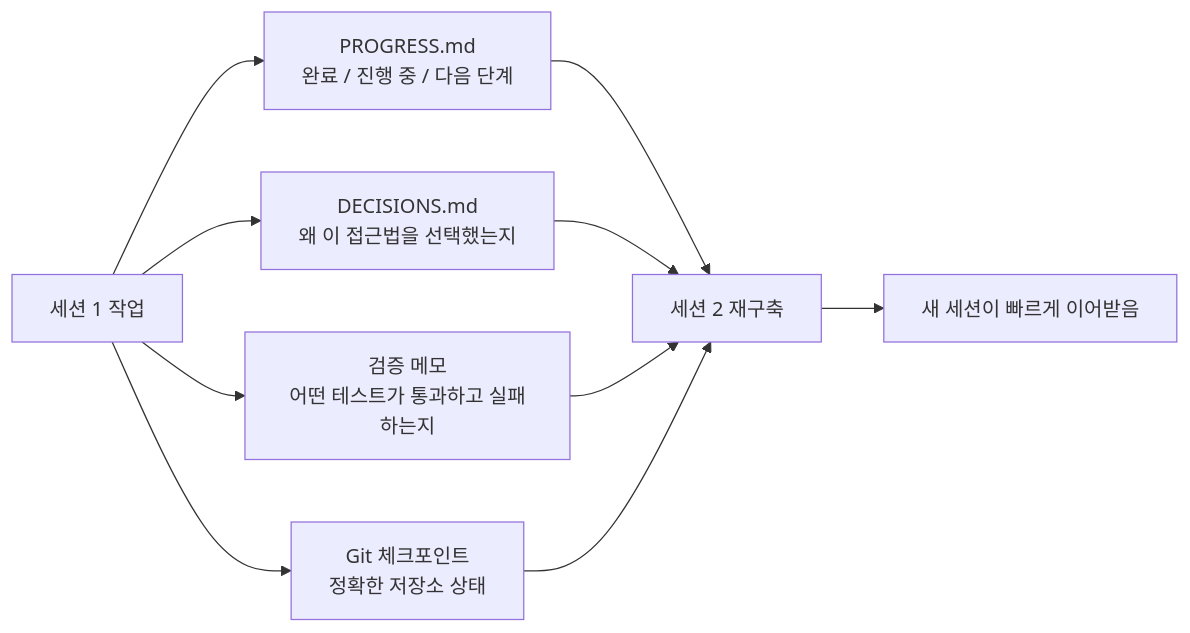
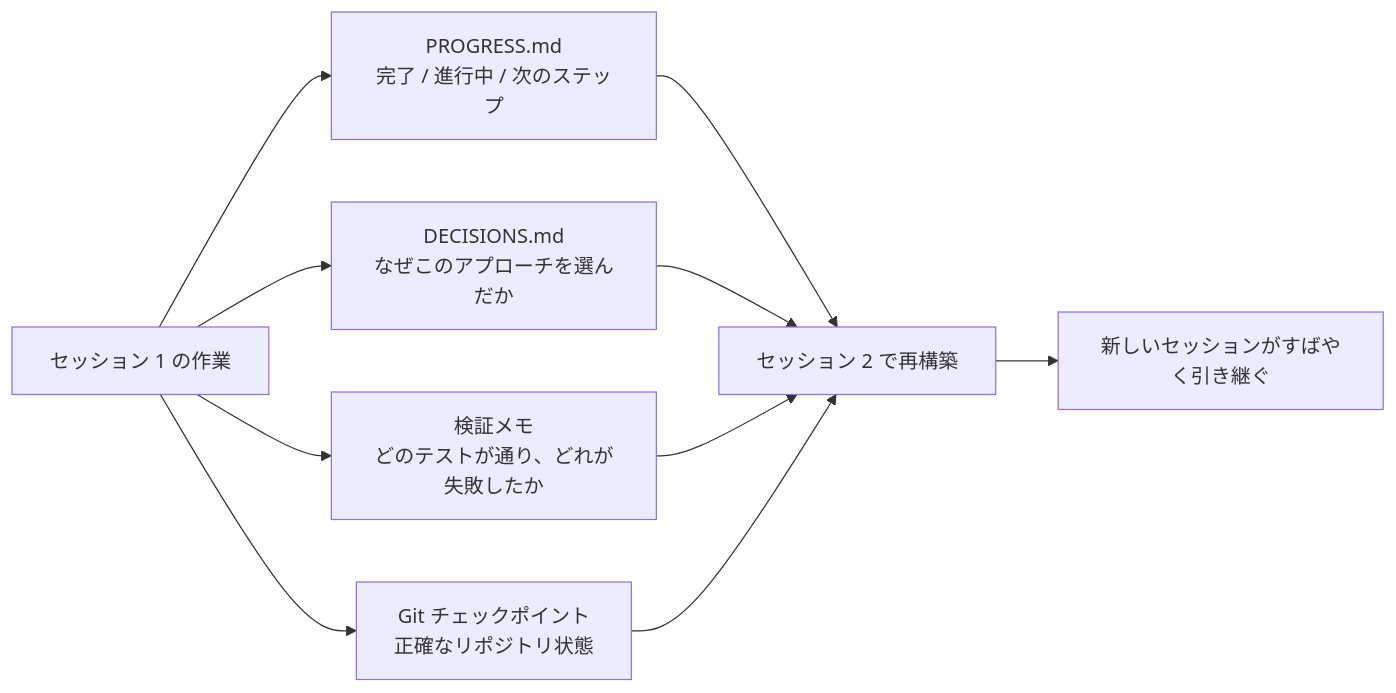
One commit to mkusaka/learn-harness-engineering changed the second of 2 diagrams in docs/ko/lectures/lecture-05-why-long-running-tasks-lose-continuity/index.md. Above: the diagram before and after it, drawn with Mermaid. The commit also changed other lines of this file and 571 other files, not shown here.

````diff
--- a/docs/ko/lectures/lecture-05-why-long-running-tasks-lose-continuity/index.md
+++ b/docs/ko/lectures/lecture-05-why-long-running-tasks-lose-continuity/index.md
@@ -36,14 +36,14 @@
 ```mermaid
 flowchart LR
-    Work["세션 1 작업"] --> Progress["PROGRESS.md<br/>완료 / 진행 중 / 다음 단계"]
-    Work --> Decisions["DECISIONS.md<br/>왜 이 접근법을 선택했는지"]
-    Work --> Verify["검증 메모<br/>어떤 테스트가 통과하고 실패하는지"]
-    Work --> Commit["Git 체크포인트<br/>정확한 저장소 상태"]
+    Work["セッション 1 の作業"] --> Progress["PROGRESS.md<br/>完了 / 進行中 / 次のステップ"]
+    Work --> Decisions["DECISIONS.md<br/>なぜこのアプローチを選んだか"]
+    Work --> Verify["検証メモ<br/>どのテストが通り、どれが失敗したか"]
+    Work --> Commit["Git チェックポイント<br/>正確なリポジトリ状態"]
 
-    Progress --> Rebuild["세션 2 재구축"]
+    Progress --> Rebuild["セッション 2 で再構築"]
     Decisions --> Rebuild
     Verify --> Rebuild
     Commit --> Rebuild
 
-    Rebuild --> Resume["새 세션이 빠르게 이어받음"]
+    Rebuild --> Resume["新しいセッションがすばやく引き継ぐ"]
 ```
````
